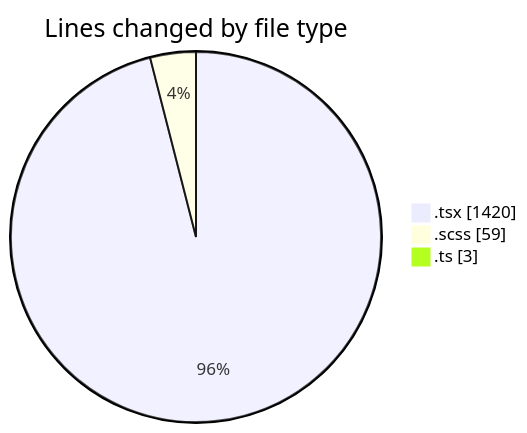
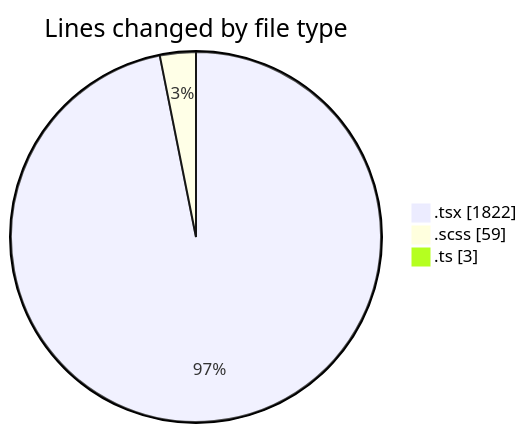
The first of 2 diagrams in 2026-09-04/cda/README.md (momahboobian/code-tracking), drawn with Mermaid before and after one commit. The commit also changed other lines of this file and 1 other file, not shown here.

````diff
--- a/2026-09-04/cda/README.md
+++ b/2026-09-04/cda/README.md
@@ -34,7 +36,7 @@
 ```mermaid
 pie showData
 title Lines changed by file type
-".tsx" : 1420
+".tsx" : 1822
 ".scss" : 59
 ".ts" : 3
 ```
````
